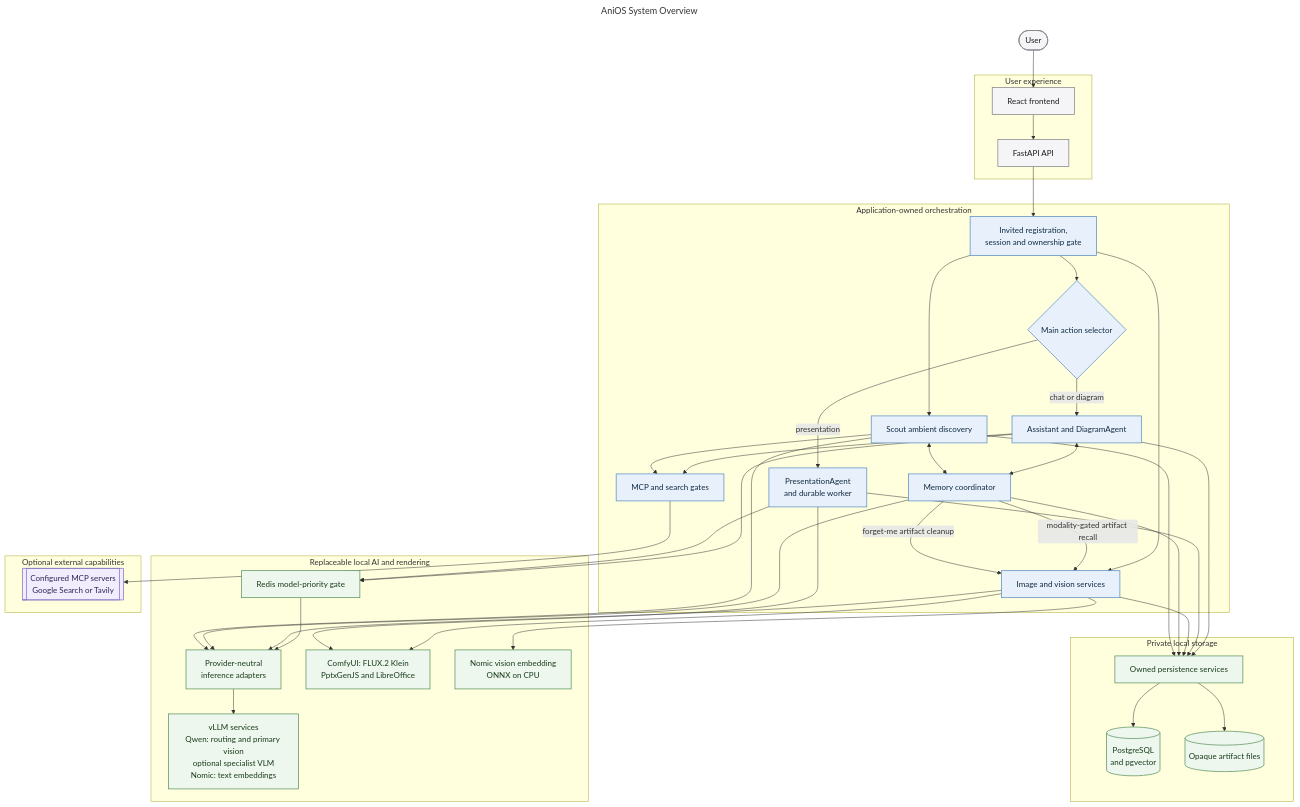
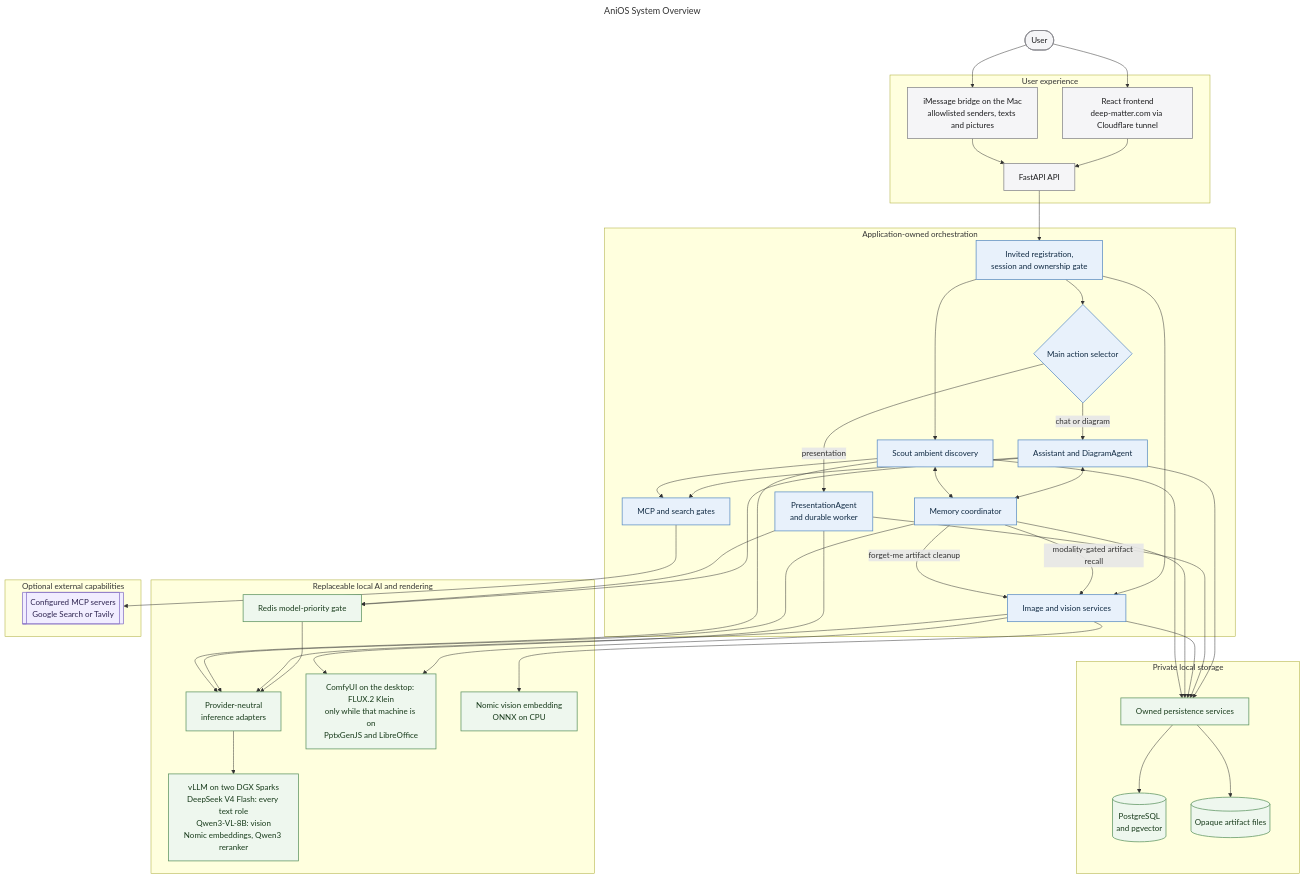
The diagram in docs/diagrams/anios-system.mmd (MallyaAni/PersonalAssistant), drawn with Mermaid before and after one commit. The commit also changed 31 other files, not shown here.

First line of the commit message:
Bring the diagrams, catalog, changelog, roadmap, and decision records up to the running system

```diff
--- a/docs/diagrams/anios-system.mmd
+++ b/docs/diagrams/anios-system.mmd
@@ -1,82 +1,85 @@
 ---
 title: AniOS System Overview
 ---
 flowchart TB
     User([User])
 
     subgraph Experience[User experience]
-        Frontend[React frontend]
+        Frontend[React frontend<br/>deep-matter.com via Cloudflare tunnel]
+        Bridge[iMessage bridge on the Mac<br/>allowlisted senders, texts and pictures]
         API[FastAPI API]
         Frontend --> API
+        Bridge --> API
     end
 
     subgraph Orchestration[Application-owned orchestration]
         Identity[Invited registration,<br/>session and ownership gate]
         Supervisor{Main action selector}
         Conversation[Assistant and DiagramAgent]
         Presentation[PresentationAgent<br/>and durable worker]
         Memory[Memory coordinator]
         Discovery[Scout ambient discovery]
         Visual[Image and vision services]
         Tools[MCP and search gates]
     end
 
     subgraph LocalAI[Replaceable local AI and rendering]
         ModelGate[Redis model-priority gate]
         Inference[Provider-neutral<br/>inference adapters]
-        VLLM[vLLM services<br/>Qwen: routing and primary vision<br/>optional specialist VLM<br/>Nomic: text embeddings]
-        Media[ComfyUI: FLUX.2 Klein<br/>PptxGenJS and LibreOffice]
+        VLLM[vLLM on two DGX Sparks<br/>DeepSeek V4 Flash: every text role<br/>Qwen3-VL-8B: vision<br/>Nomic embeddings, Qwen3 reranker]
+        Media[ComfyUI on the desktop: FLUX.2 Klein<br/>only while that machine is on<br/>PptxGenJS and LibreOffice]
         VisionEmbed[Nomic vision embedding<br/>ONNX on CPU]
     end
 
     subgraph Storage[Private local storage]
         Repositories[Owned persistence services]
         Database[(PostgreSQL<br/>and pgvector)]
         Files[(Opaque artifact files)]
         Repositories --> Database
         Repositories --> Files
     end
 
     subgraph External[Optional external capabilities]
         Integrations[[Configured MCP servers<br/>Google Search or Tavily]]
     end
 
     User --> Frontend
+    User --> Bridge
     API --> Identity --> Supervisor
     Supervisor -->|chat or diagram| Conversation
     Supervisor -->|presentation| Presentation
     Identity --> Visual
     Identity --> Discovery
     Conversation <--> Memory
     Memory -->|modality-gated artifact recall| Visual
     Discovery <--> Memory
     Memory -->|forget-me artifact cleanup| Visual
 
     Conversation --> Tools --> Integrations
     Discovery --> Tools
 
     Conversation --> ModelGate
     Presentation --> ModelGate
     ModelGate --> Inference
     Visual --> Inference
     Memory --> Inference
     Discovery --> Inference
     Inference --> VLLM
     Visual --> Media
     Visual --> VisionEmbed
     Presentation --> Media
 
     Conversation --> Repositories
     Presentation --> Repositories
     Visual --> Repositories
     Memory --> Repositories
     Discovery --> Repositories
 
     classDef interface fill:#f5f5f7,stroke:#86868b,color:#1d1d1f,stroke-width:1.5px;
     classDef application fill:#e8f1fb,stroke:#5e8fc4,color:#102a43,stroke-width:1.5px;
     classDef infrastructure fill:#eef7ee,stroke:#5f9562,color:#183b1b,stroke-width:1.5px;
     classDef external fill:#f1edff,stroke:#8872c6,color:#2e2450,stroke-width:1.5px;
-    class User,Frontend,API interface;
+    class User,Frontend,Bridge,API interface;
     class Identity,Supervisor,Conversation,Presentation,Memory,Discovery,Visual,Tools application;
     class ModelGate,Inference,VLLM,Media,VisionEmbed,Repositories,Database,Files infrastructure;
     class Integrations external;
```
